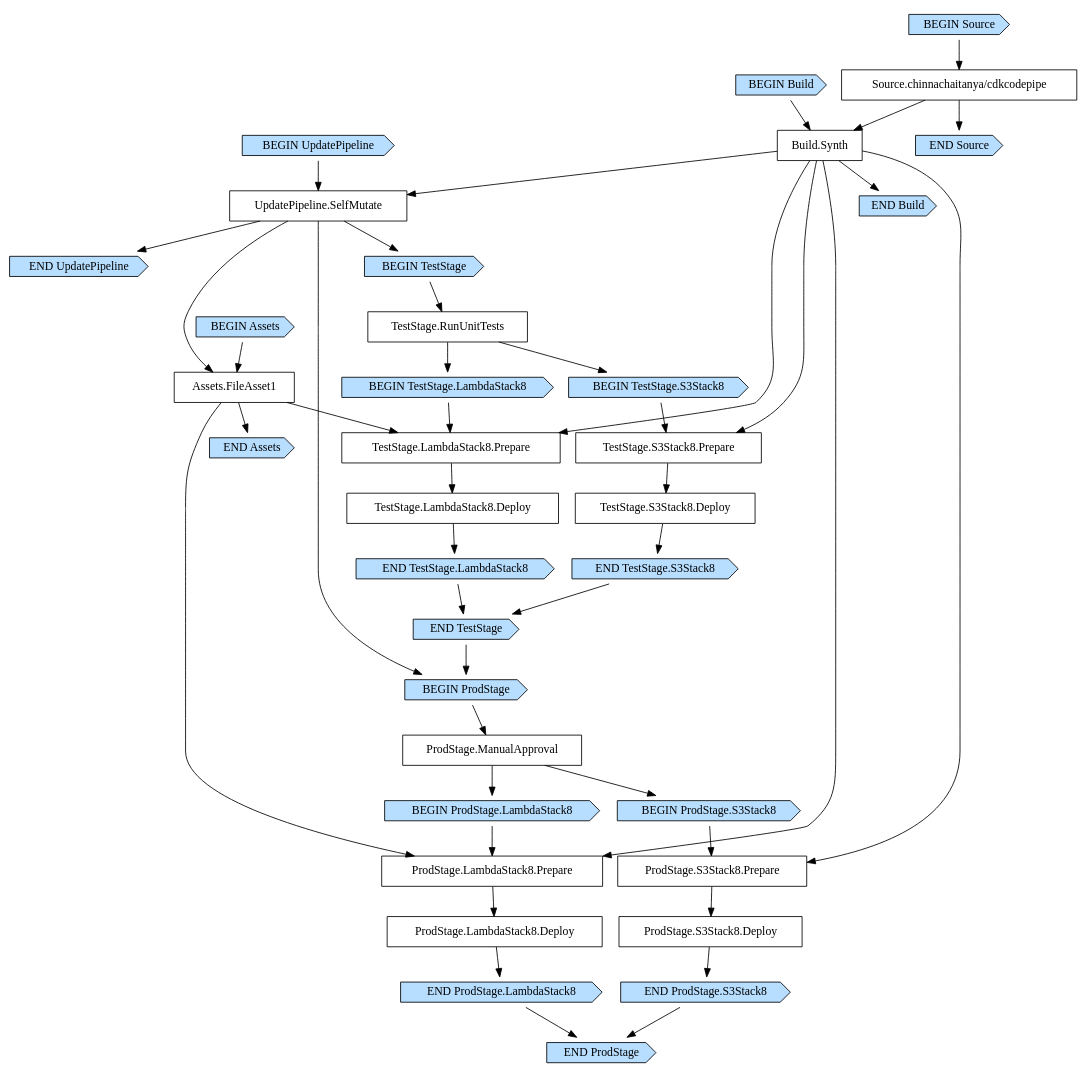
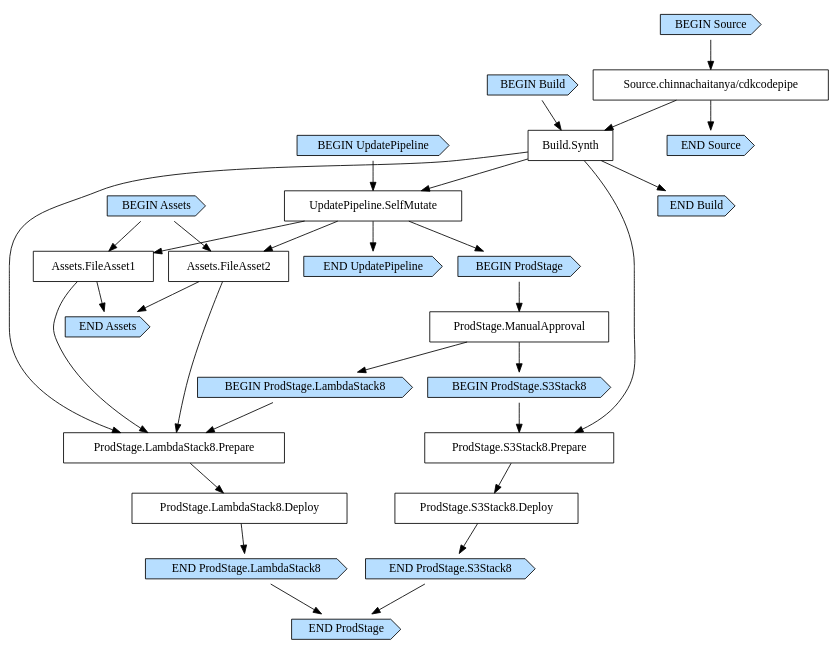
The diagram in cdk.out/CodepipelineappStack8testPipeline82E89563E.dot (chinnachaitanya/cdkcodepipe), drawn with Graphviz before and after one commit. The commit also changed 8 other files, not shown here.

```diff
--- a/cdk.out/CodepipelineappStack8testPipeline82E89563E.dot
+++ b/cdk.out/CodepipelineappStack8testPipeline82E89563E.dot
@@ -1,83 +1,61 @@
 digraph G {
   # Arrows represent an "unlocks" relationship (opposite of dependency). So chosen
   # because the layout looks more natural that way.
   # To represent subgraph dependencies, subgraphs are represented by BEGIN/END nodes.
   # To render: `dot -Tsvg CodepipelineappStack8testPipeline82E89563E.dot > graph.svg`, open in a browser.
   node [shape="box"];
 "BEGIN Build" [shape="cds", style="filled", fillcolor="#b7deff"];
 "END Build" [shape="cds", style="filled", fillcolor="#b7deff"];
 "Build.Synth";
 "Source.chinnachaitanya/cdkcodepipe" -> "Build.Synth";
 "BEGIN Build" -> "Build.Synth";
 "Build.Synth" -> "END Build";
 "BEGIN UpdatePipeline" [shape="cds", style="filled", fillcolor="#b7deff"];
 "END UpdatePipeline" [shape="cds", style="filled", fillcolor="#b7deff"];
 "UpdatePipeline.SelfMutate";
 "Build.Synth" -> "UpdatePipeline.SelfMutate";
 "BEGIN UpdatePipeline" -> "UpdatePipeline.SelfMutate";
 "UpdatePipeline.SelfMutate" -> "END UpdatePipeline";
 "BEGIN Assets" [shape="cds", style="filled", fillcolor="#b7deff"];
 "END Assets" [shape="cds", style="filled", fillcolor="#b7deff"];
 "Assets.FileAsset1";
 "UpdatePipeline.SelfMutate" -> "Assets.FileAsset1";
+"Assets.FileAsset2";
+"UpdatePipeline.SelfMutate" -> "Assets.FileAsset2";
 "BEGIN Assets" -> "Assets.FileAsset1";
+"BEGIN Assets" -> "Assets.FileAsset2";
 "Assets.FileAsset1" -> "END Assets";
-"BEGIN TestStage" [shape="cds", style="filled", fillcolor="#b7deff"];
-"END TestStage" [shape="cds", style="filled", fillcolor="#b7deff"];
-"UpdatePipeline.SelfMutate" -> "BEGIN TestStage";
-"BEGIN TestStage.LambdaStack8" [shape="cds", style="filled", fillcolor="#b7deff"];
-"END TestStage.LambdaStack8" [shape="cds", style="filled", fillcolor="#b7deff"];
-"TestStage.RunUnitTests" -> "BEGIN TestStage.LambdaStack8";
-"TestStage.LambdaStack8.Deploy";
-"TestStage.LambdaStack8.Prepare" -> "TestStage.LambdaStack8.Deploy";
-"TestStage.LambdaStack8.Prepare";
-"Build.Synth" -> "TestStage.LambdaStack8.Prepare";
-"Assets.FileAsset1" -> "TestStage.LambdaStack8.Prepare";
-"BEGIN TestStage.LambdaStack8" -> "TestStage.LambdaStack8.Prepare";
-"TestStage.LambdaStack8.Deploy" -> "END TestStage.LambdaStack8";
-"BEGIN TestStage.S3Stack8" [shape="cds", style="filled", fillcolor="#b7deff"];
-"END TestStage.S3Stack8" [shape="cds", style="filled", fillcolor="#b7deff"];
-"TestStage.RunUnitTests" -> "BEGIN TestStage.S3Stack8";
-"TestStage.S3Stack8.Deploy";
-"TestStage.S3Stack8.Prepare" -> "TestStage.S3Stack8.Deploy";
-"TestStage.S3Stack8.Prepare";
-"Build.Synth" -> "TestStage.S3Stack8.Prepare";
-"BEGIN TestStage.S3Stack8" -> "TestStage.S3Stack8.Prepare";
-"TestStage.S3Stack8.Deploy" -> "END TestStage.S3Stack8";
-"TestStage.RunUnitTests";
-"BEGIN TestStage" -> "TestStage.RunUnitTests";
-"END TestStage.LambdaStack8" -> "END TestStage";
-"END TestStage.S3Stack8" -> "END TestStage";
+"Assets.FileAsset2" -> "END Assets";
 "BEGIN ProdStage" [shape="cds", style="filled", fillcolor="#b7deff"];
 "END ProdStage" [shape="cds", style="filled", fillcolor="#b7deff"];
 "UpdatePipeline.SelfMutate" -> "BEGIN ProdStage";
-"END TestStage" -> "BEGIN ProdStage";
 "BEGIN ProdStage.LambdaStack8" [shape="cds", style="filled", fillcolor="#b7deff"];
 "END ProdStage.LambdaStack8" [shape="cds", style="filled", fillcolor="#b7deff"];
 "ProdStage.ManualApproval" -> "BEGIN ProdStage.LambdaStack8";
 "ProdStage.LambdaStack8.Deploy";
 "ProdStage.LambdaStack8.Prepare" -> "ProdStage.LambdaStack8.Deploy";
 "ProdStage.LambdaStack8.Prepare";
 "Build.Synth" -> "ProdStage.LambdaStack8.Prepare";
 "Assets.FileAsset1" -> "ProdStage.LambdaStack8.Prepare";
+"Assets.FileAsset2" -> "ProdStage.LambdaStack8.Prepare";
 "BEGIN ProdStage.LambdaStack8" -> "ProdStage.LambdaStack8.Prepare";
 "ProdStage.LambdaStack8.Deploy" -> "END ProdStage.LambdaStack8";
 "BEGIN ProdStage.S3Stack8" [shape="cds", style="filled", fillcolor="#b7deff"];
 "END ProdStage.S3Stack8" [shape="cds", style="filled", fillcolor="#b7deff"];
 "ProdStage.ManualApproval" -> "BEGIN ProdStage.S3Stack8";
 "ProdStage.S3Stack8.Deploy";
 "ProdStage.S3Stack8.Prepare" -> "ProdStage.S3Stack8.Deploy";
 "ProdStage.S3Stack8.Prepare";
 "Build.Synth" -> "ProdStage.S3Stack8.Prepare";
 "BEGIN ProdStage.S3Stack8" -> "ProdStage.S3Stack8.Prepare";
 "ProdStage.S3Stack8.Deploy" -> "END ProdStage.S3Stack8";
 "ProdStage.ManualApproval";
 "BEGIN ProdStage" -> "ProdStage.ManualApproval";
 "END ProdStage.LambdaStack8" -> "END ProdStage";
 "END ProdStage.S3Stack8" -> "END ProdStage";
 "BEGIN Source" [shape="cds", style="filled", fillcolor="#b7deff"];
 "END Source" [shape="cds", style="filled", fillcolor="#b7deff"];
 "Source.chinnachaitanya/cdkcodepipe";
 "BEGIN Source" -> "Source.chinnachaitanya/cdkcodepipe";
 "Source.chinnachaitanya/cdkcodepipe" -> "END Source";
 }
```
